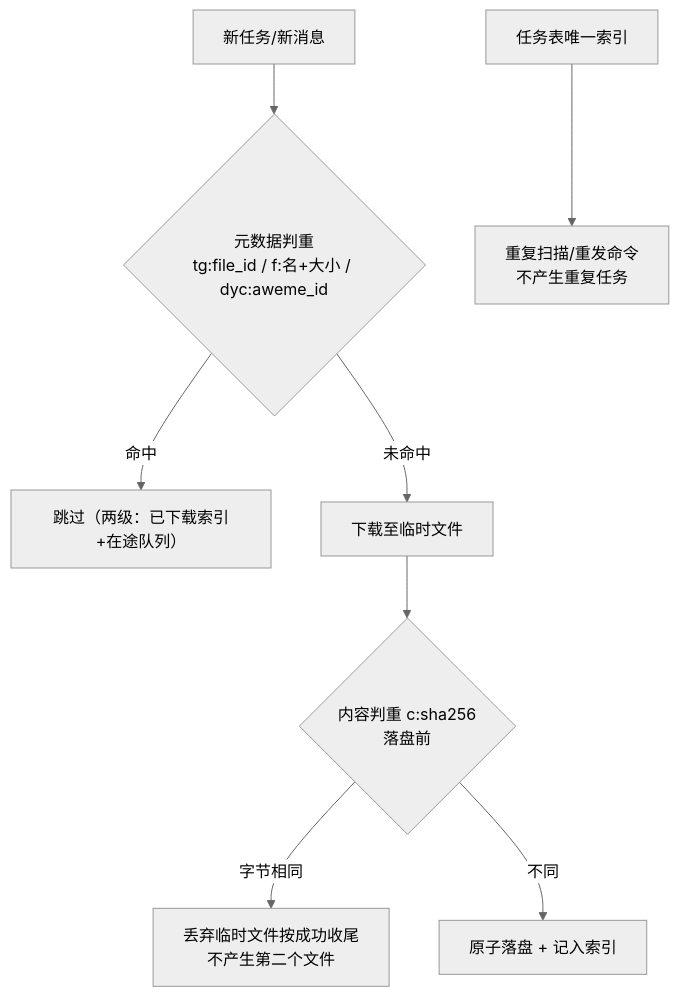
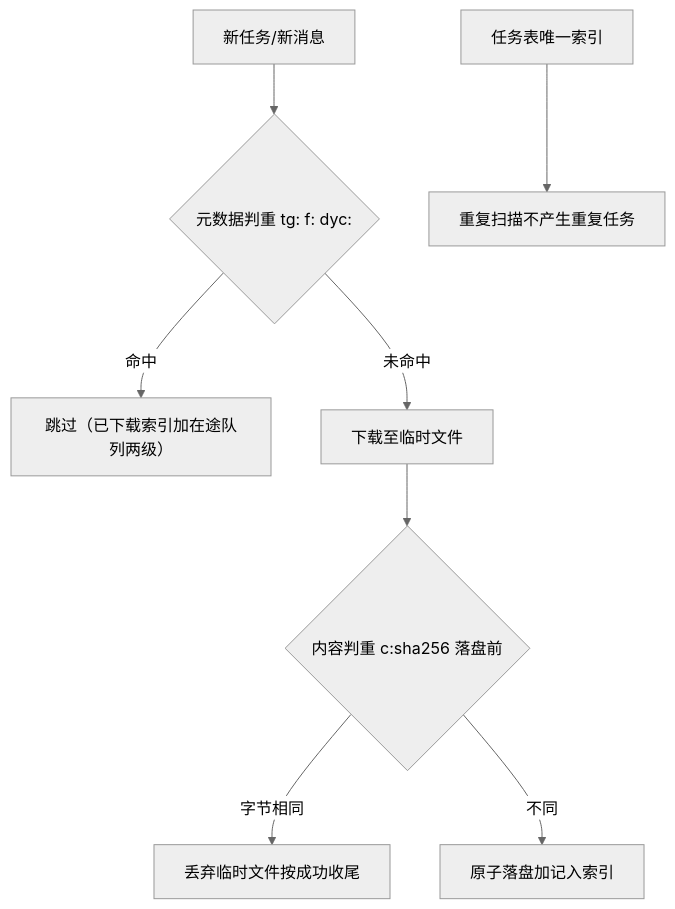
Before and after one commit to Hoiyook/tg_userbot: the ninth of 9 diagrams in docs/下载链路操作指引.md, drawn with Mermaid (neutral theme). The commit also changed other lines of this file, not shown here.

Commit message:
文档：操作指引全部 mermaid 重写为最大兼容写法（消灭纯数字节点ID、梯形斜杠开头、stateDiagram 的 br、& 多源连线、序列图别名括号——低版本解析器报 Error parsing Mermaid diagram 的根类）

````diff
--- a/docs/下载链路操作指引.md
+++ b/docs/下载链路操作指引.md
@@ -258,10 +268,10 @@
 ```mermaid
 flowchart TD
-    A[新任务/新消息] --> B{元数据判重<br/>tg:file_id / f:名+大小 / dyc:aweme_id}
-    B -- 命中 --> Z1[跳过（两级：已下载索引+在途队列）]
-    B -- 未命中 --> C[下载至临时文件]
-    C --> D{内容判重 c:sha256<br/>落盘前}
-    D -- 字节相同 --> Z2[丢弃临时文件按成功收尾<br/>不产生第二个文件]
-    D -- 不同 --> E[原子落盘 + 记入索引]
-    F[任务表唯一索引] --> G[重复扫描/重发命令<br/>不产生重复任务]
+    A["新任务/新消息"] --> B{"元数据判重 tg: f: dyc:"}
+    B -- "命中" --> Z1["跳过（已下载索引加在途队列两级）"]
+    B -- "未命中" --> C["下载至临时文件"]
+    C --> D{"内容判重 c:sha256 落盘前"}
+    D -- "字节相同" --> Z2["丢弃临时文件按成功收尾"]
+    D -- "不同" --> E["原子落盘加记入索引"]
+    F["任务表唯一索引"] --> G["重复扫描不产生重复任务"]
 ```
````
